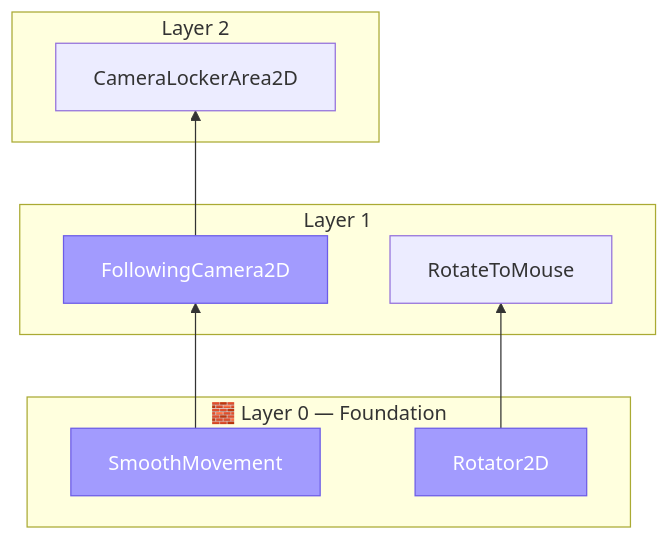
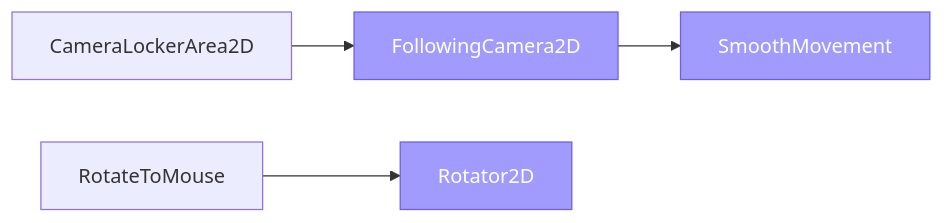
Before and after one commit to ChillCube/.github: the diagram in ADDONS.md, drawn with Mermaid. The commit also changed other lines of this file, not shown here.

Commit message:
registry: update dependency tree

````diff
--- a/ADDONS.md
+++ b/ADDONS.md
@@ -178,33 +179,25 @@
 ```mermaid
-%%{init: {"flowchart": {"curve": "linear"}}}%%
-flowchart BT
-    classDef core  fill:#4a9eff,stroke:#2471d4,color:#fff
+flowchart LR
+    classDef core  fill:#4a9eff,stroke:#2471d4,color:#fff,font-weight:bold
     classDef shared fill:#a29bfe,stroke:#6c5ce7,color:#fff
-    classDef external fill:#fd9644,stroke:#e67e22,color:#fff
 
-    subgraph Layer_0["🧱 Layer 0 — Foundation"]
-        godot_smoothmovement["SmoothMovement"]
-        rotator2d["Rotator2D"]
-    end
-    subgraph Layer_1["Layer 1"]
-        followingcamera2d["FollowingCamera2D"]
-        rotatetomouse["RotateToMouse"]
-    end
-    subgraph Layer_2["Layer 2"]
-        cameralockerarea2d["CameraLockerArea2D"]
-    end
+    CameraLockerArea2D["CameraLockerArea2D"]
+    FollowingCamera2D["FollowingCamera2D"]
+    Godot_SmoothMovement["SmoothMovement"]
+    RotateToMouse["RotateToMouse"]
+    Rotator2D["Rotator2D"]
 
-    godot_smoothmovement --> followingcamera2d
-    followingcamera2d --> cameralockerarea2d
-    rotator2d --> rotatetomouse
+    CameraLockerArea2D --> FollowingCamera2D
+    FollowingCamera2D --> Godot_SmoothMovement
+    RotateToMouse --> Rotator2D
 
-    class followingcamera2d shared
-    class godot_smoothmovement shared
-    class rotator2d shared
+    class FollowingCamera2D shared
+    class Godot_SmoothMovement shared
+    class Rotator2D shared
 
-    click cameralockerarea2d href "https://github.com/ChillCube/CameraLockerArea2D" _blank
-    click followingcamera2d href "https://github.com/ChillCube/FollowingCamera2D" _blank
-    click godot_smoothmovement href "https://github.com/ChillCube/Godot_SmoothMovement" _blank
-    click rotatetomouse href "https://github.com/ChillCube/RotateToMouse" _blank
-    click rotator2d href "https://github.com/ChillCube/Rotator2D" _blank
+    click CameraLockerArea2D href "https://github.com/ChillCube/CameraLockerArea2D" _blank
+    click FollowingCamera2D href "https://github.com/ChillCube/FollowingCamera2D" _blank
+    click Godot_SmoothMovement href "https://github.com/ChillCube/Godot_SmoothMovement" _blank
+    click RotateToMouse href "https://github.com/ChillCube/RotateToMouse" _blank
+    click Rotator2D href "https://github.com/ChillCube/Rotator2D" _blank
 ```
````
